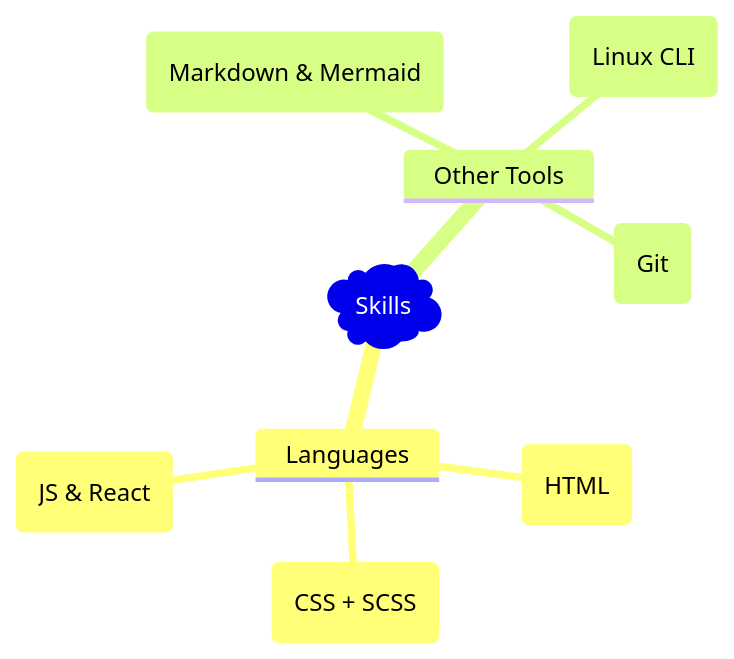
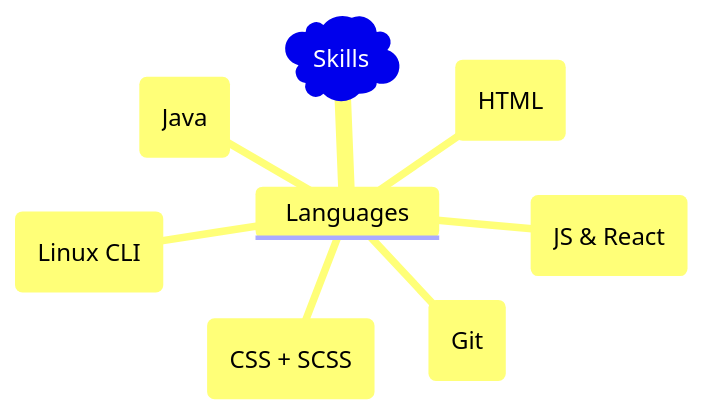
The diagram in README.md (darkdr1ver/darkdr1ver), drawn with Mermaid before and after one commit.

````diff
--- a/README.md
+++ b/README.md
@@ -10,13 +10,11 @@
 ```mermaid
 mindmap
   root)Skills(
     Languages
       HTML(HTML)
       CSS(CSS + SCSS)
       JS(JS & React)
-    
-    Other Tools
-      MD(Markdown & Mermaid)
+      Java(Java)
       Linux(Linux CLI)
       Git(Git)
 ```
````
